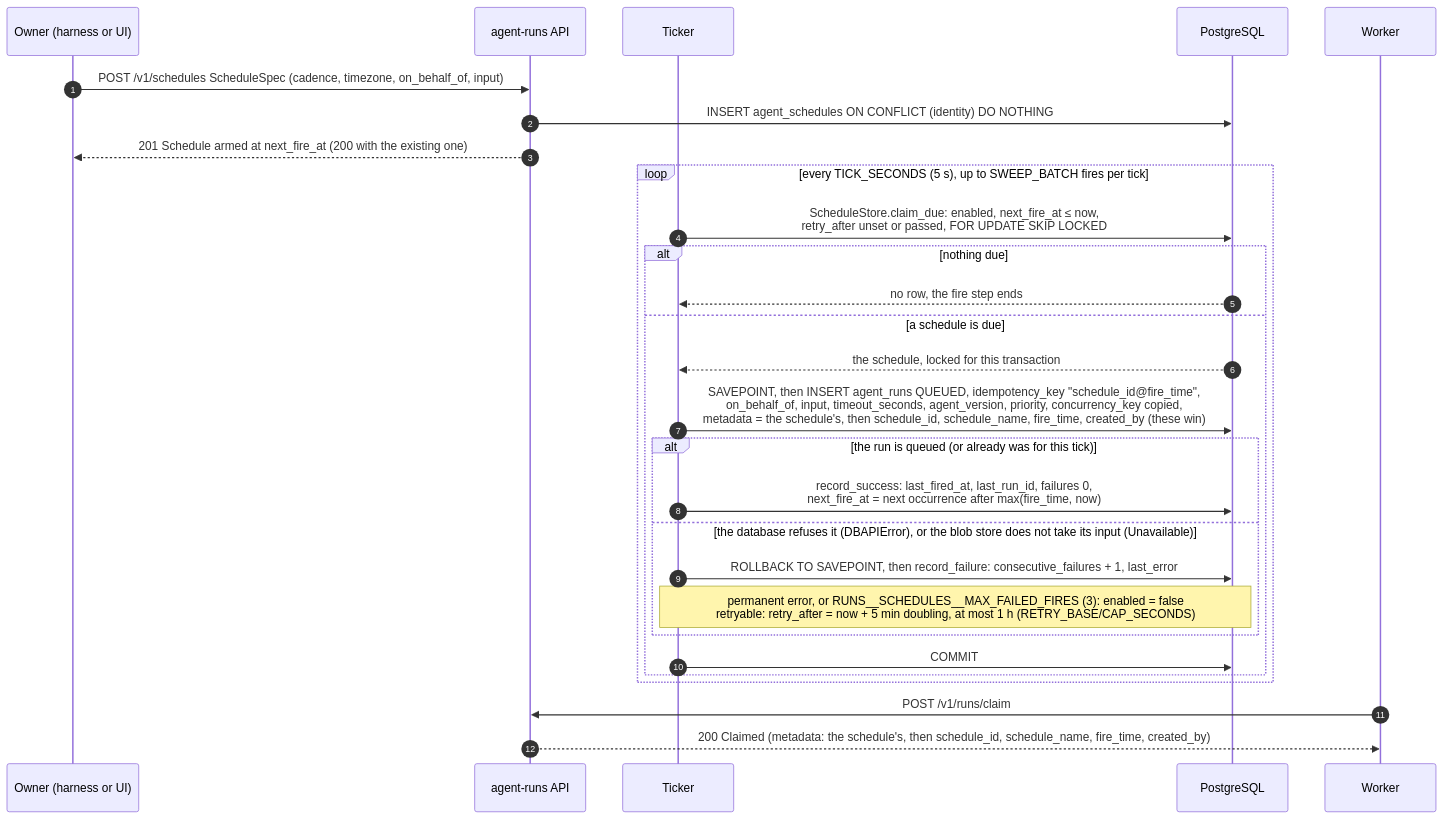
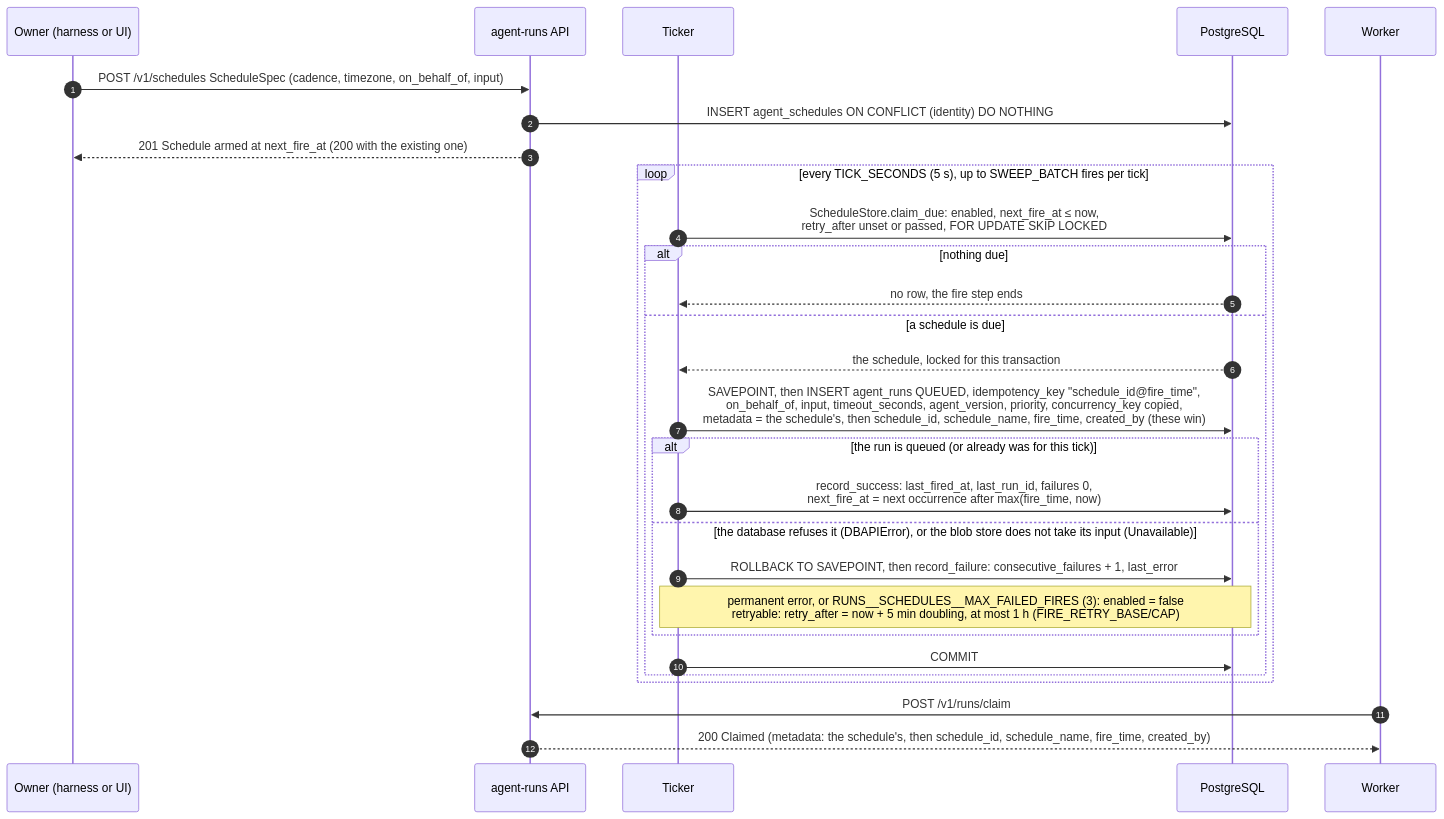
Before and after one commit to amitmohapatra/agent-runs: the eighth of 11 diagrams in docs/ARCHITECTURE.md, drawn with Mermaid. The commit also changed 8 other files, not shown here.

First line of the commit message:
Schedules: the fire backoff is a fixed constant again, not a setting

````diff
--- a/docs/ARCHITECTURE.md
+++ b/docs/ARCHITECTURE.md
@@ -468,33 +468,33 @@
 ```mermaid
 sequenceDiagram
   autonumber
   participant O as Owner (harness or UI)
   participant A as agent-runs API
   participant T as Ticker
   participant DB as PostgreSQL
   participant W as Worker
 
   O->>A: POST /v1/schedules ScheduleSpec (cadence, timezone, on_behalf_of, input)
   A->>DB: INSERT agent_schedules ON CONFLICT (identity) DO NOTHING
   A-->>O: 201 Schedule armed at next_fire_at (200 with the existing one)
 
   loop every TICK_SECONDS (5 s), up to SWEEP_BATCH fires per tick
     T->>DB: ScheduleStore.claim_due: enabled, next_fire_at ≤ now,<br/>retry_after unset or passed, FOR UPDATE SKIP LOCKED
     alt nothing due
       DB-->>T: no row, the fire step ends
     else a schedule is due
       DB-->>T: the schedule, locked for this transaction
       T->>DB: SAVEPOINT, then INSERT agent_runs QUEUED, idempotency_key "schedule_id@fire_time",<br/>on_behalf_of, input, timeout_seconds, agent_version, priority, concurrency_key copied,<br/>metadata = the schedule's, then schedule_id, schedule_name, fire_time, created_by (these win)
       alt the run is queued (or already was for this tick)
         T->>DB: record_success: last_fired_at, last_run_id, failures 0,<br/>next_fire_at = next occurrence after max(fire_time, now)
       else the database refuses it (DBAPIError), or the blob store does not take its input (Unavailable)
         T->>DB: ROLLBACK TO SAVEPOINT, then record_failure: consecutive_failures + 1, last_error
-        Note over T,DB: permanent error, or RUNS__SCHEDULES__MAX_FAILED_FIRES (3): enabled = false<br/>retryable: retry_after = now + 5 min doubling, at most 1 h (RETRY_BASE/CAP_SECONDS)
+        Note over T,DB: permanent error, or RUNS__SCHEDULES__MAX_FAILED_FIRES (3): enabled = false<br/>retryable: retry_after = now + 5 min doubling, at most 1 h (FIRE_RETRY_BASE/CAP)
       end
       T->>DB: COMMIT
     end
   end
 
   W->>A: POST /v1/runs/claim
   A-->>W: 200 Claimed (metadata: the schedule's, then schedule_id, schedule_name, fire_time, created_by)
 ```
````
